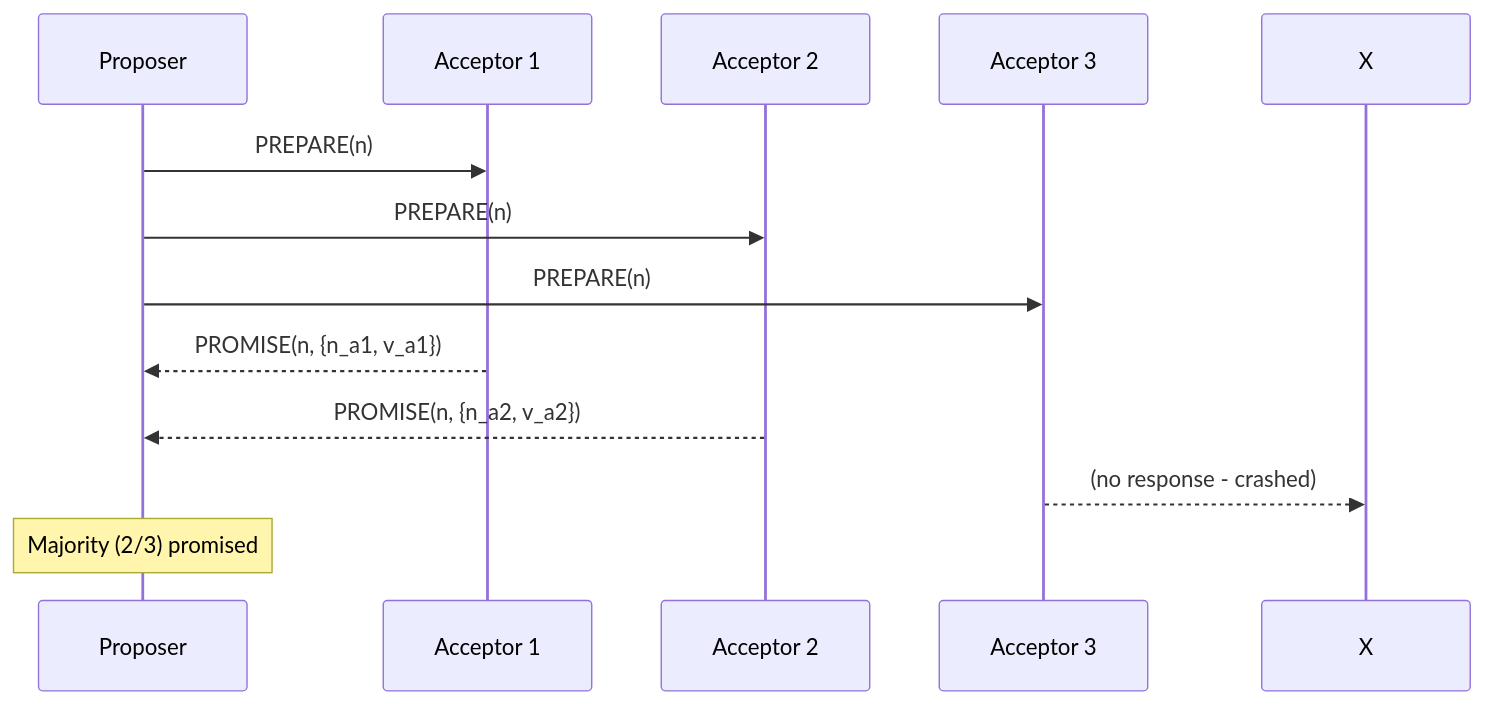
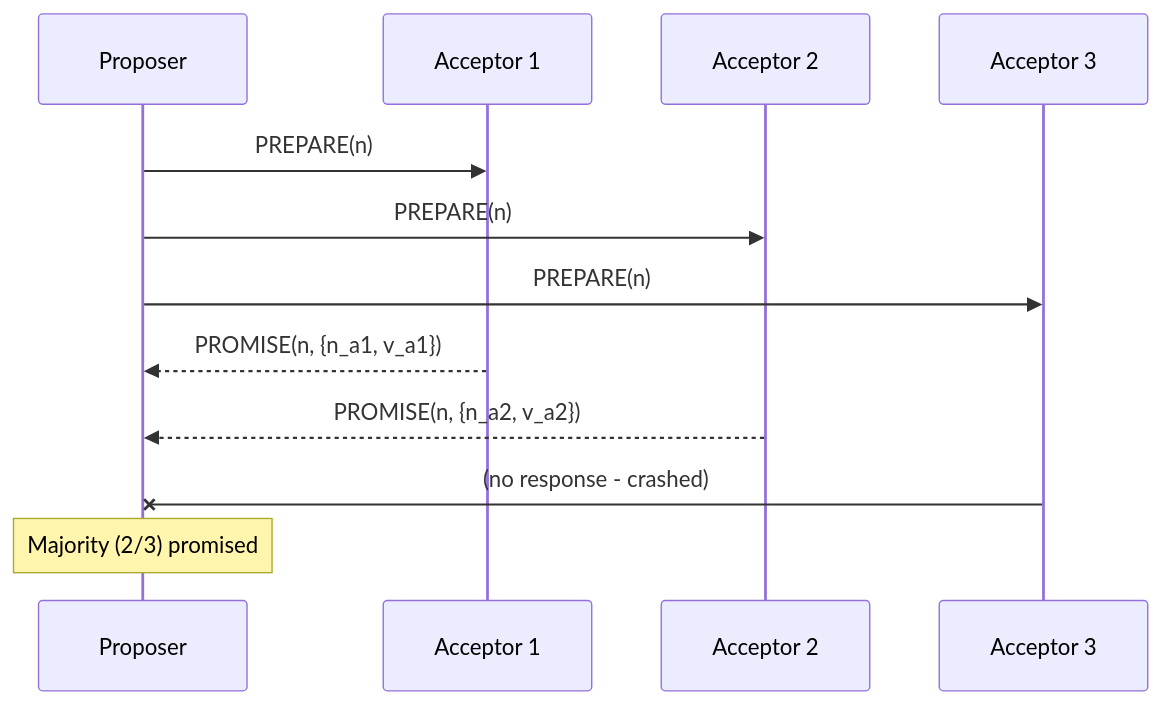
The second of 9 diagrams in src/distributed/consensus/paxos.md (vanos001/placement_prep), drawn with Mermaid before and after one commit. The commit also changed 32 other files, not shown here.

````diff
--- a/src/distributed/consensus/paxos.md
+++ b/src/distributed/consensus/paxos.md
@@ -38,17 +38,17 @@
 ```mermaid
 sequenceDiagram
     participant P as Proposer
     participant A1 as Acceptor 1
     participant A2 as Acceptor 2
     participant A3 as Acceptor 3
     
     P->>A1: PREPARE(n)
     P->>A2: PREPARE(n)
     P->>A3: PREPARE(n)
     
     A1-->>P: PROMISE(n, {n_a1, v_a1})
     A2-->>P: PROMISE(n, {n_a2, v_a2})
-    A3-->>X: (no response - crashed)
+    A3-xP: (no response - crashed)
     
     Note over P: Majority (2/3) promised
 ```
````
